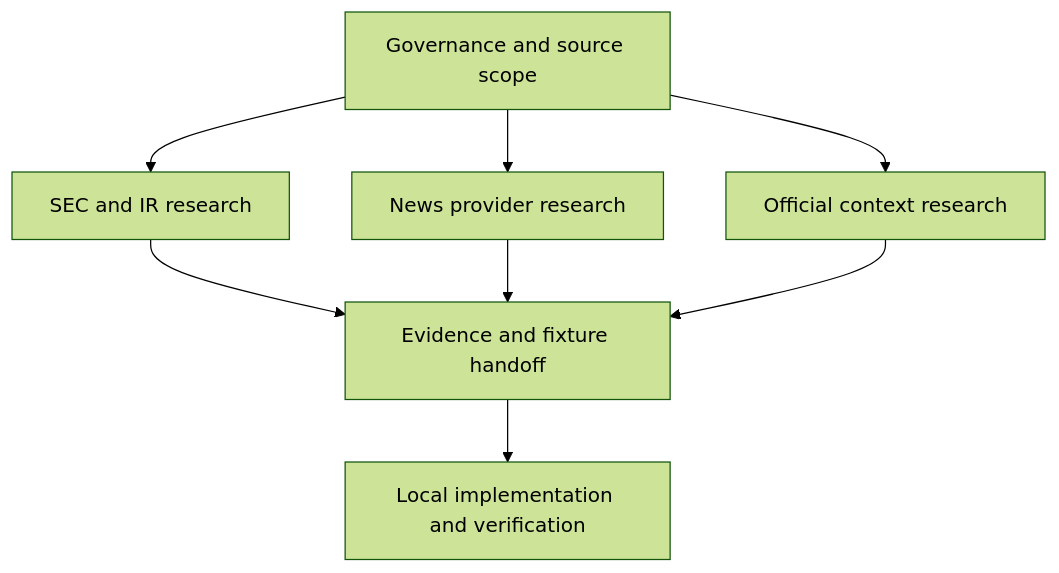
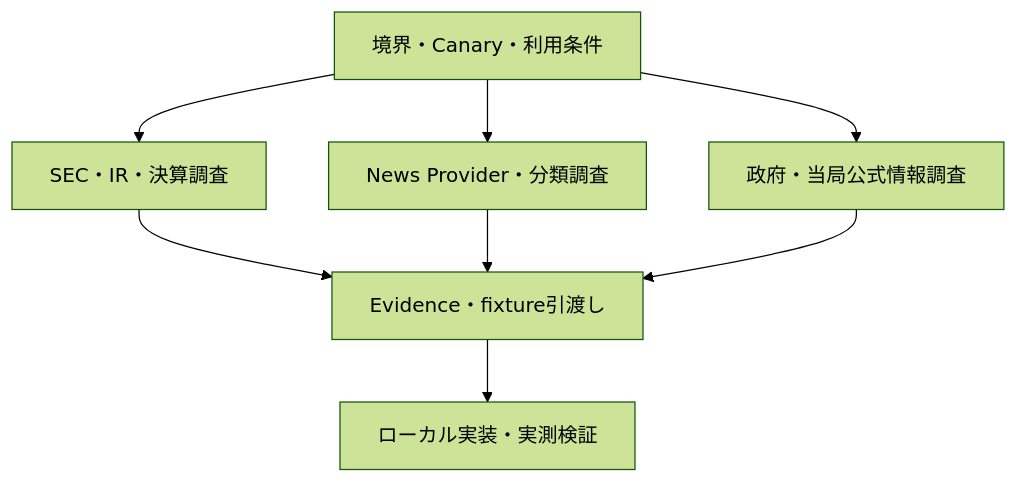
Before and after one commit to arnatoatadaink/OrderScope: the diagram in docs/REPORT_WEB_CORPORATE_INTELLIGENCE_WORKSTREAM_2026-09-03.md, drawn with Mermaid (forest theme). The commit also changed other lines of this file, not shown here.

````diff
--- a/docs/REPORT_WEB_CORPORATE_INTELLIGENCE_WORKSTREAM_2026-09-03.md
+++ b/docs/REPORT_WEB_CORPORATE_INTELLIGENCE_WORKSTREAM_2026-09-03.md
@@ -36,10 +36,10 @@
 ```mermaid
 flowchart TD
-    A["Governance and source scope"] --> B["SEC and IR research"]
-    A --> C["News provider research"]
-    A --> D["Official context research"]
-    B --> E["Evidence and fixture handoff"]
+    A["境界・Canary・利用条件"] --> B["SEC・IR・決算調査"]
+    A --> C["News Provider・分類調査"]
+    A --> D["政府・当局公式情報調査"]
+    B --> E["Evidence・fixture引渡し"]
     C --> E
     D --> E
-    E --> F["Local implementation and verification"]
+    E --> F["ローカル実装・実測検証"]
 ```
````
